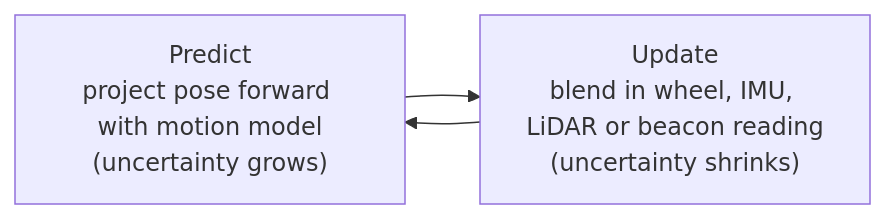
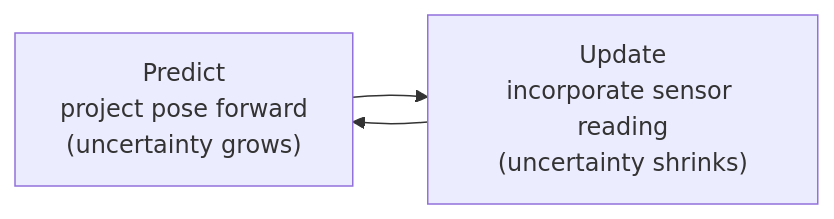
The second of 2 diagrams in docs/system/localisation.md (InnovaRobotics/innex-1), drawn with Mermaid before and after one commit. The commit also changed other lines of this file and 8 other files, not shown here.

````diff
--- a/docs/system/localisation.md
+++ b/docs/system/localisation.md
@@ -115,5 +109,5 @@
 ```mermaid
 flowchart LR
-    predict["Predict<br/>project pose forward with motion model<br/>(uncertainty grows)"] --> update["Update<br/>blend in wheel, IMU, LiDAR or beacon reading<br/>(uncertainty shrinks)"]
+    predict["Predict<br/>project pose forward<br/>(uncertainty grows)"] --> update["Update<br/>incorporate sensor reading<br/>(uncertainty shrinks)"]
     update --> predict
 ```
````
